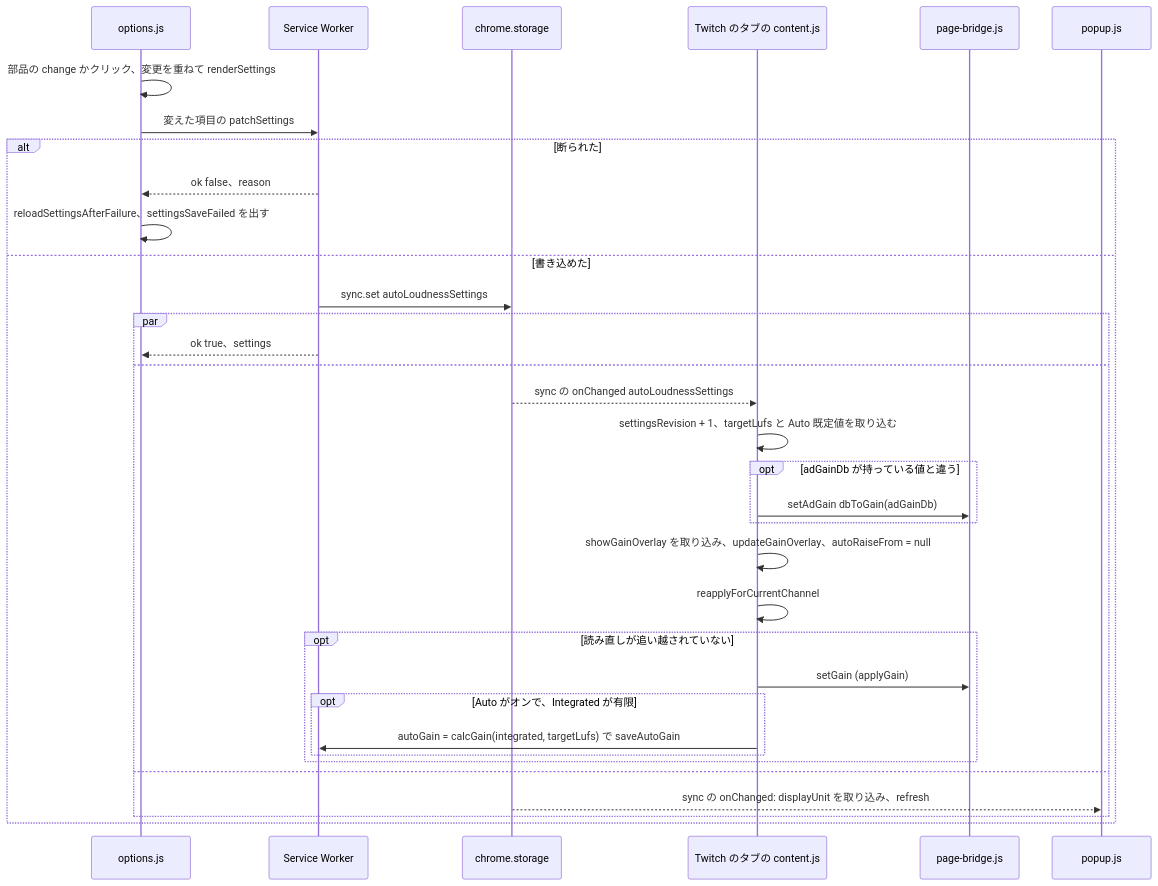
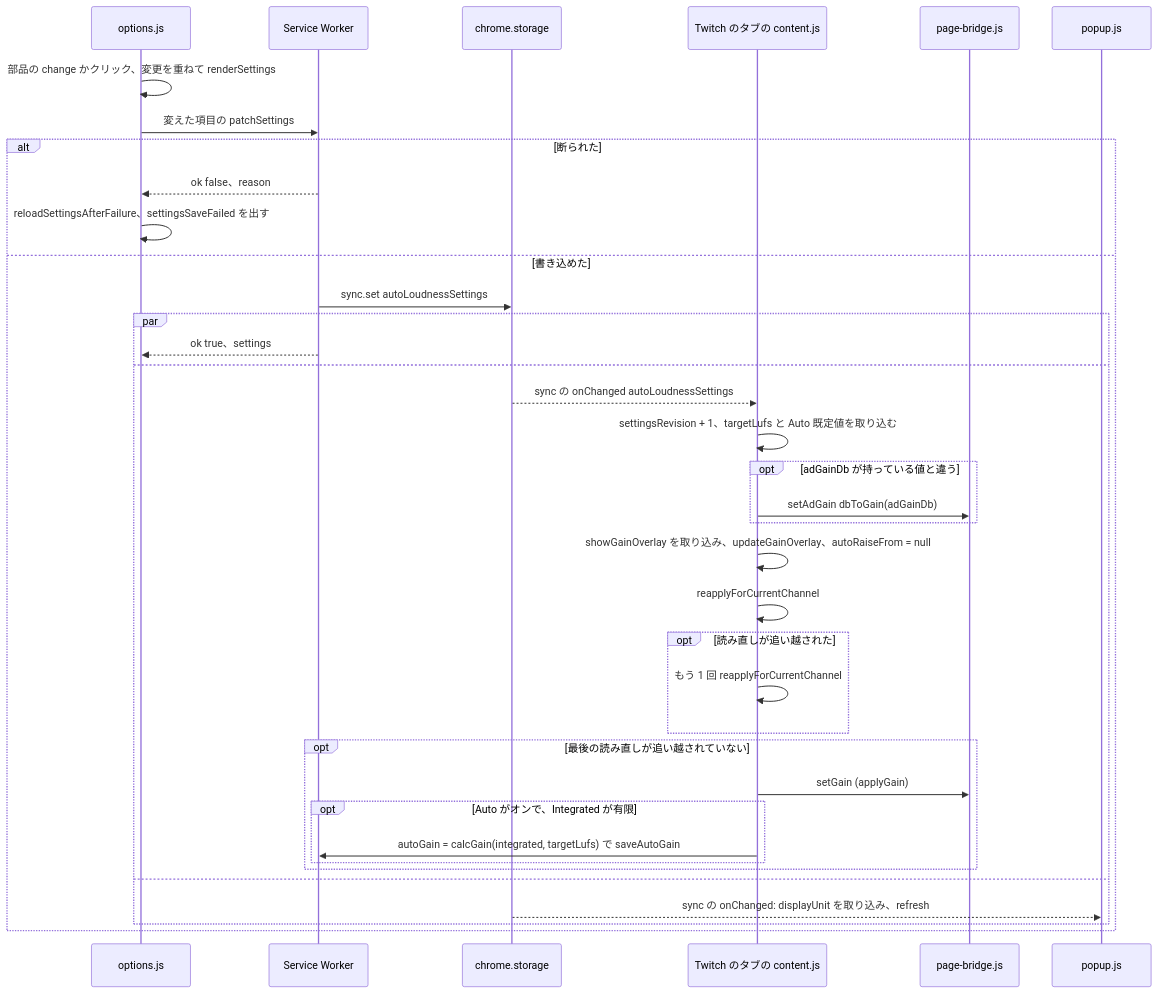
Before and after one commit to semnil/twitch-channel-volume: diagram 13 of 17 in docs/gain-change-and-save.ja.md, drawn with Mermaid. The commit also changed other lines of this file and 4 other files, not shown here.

````diff
--- a/docs/gain-change-and-save.ja.md
+++ b/docs/gain-change-and-save.ja.md
@@ -552,36 +552,39 @@
 ```mermaid
 sequenceDiagram
   participant options as options.js
   participant sw as Service Worker
   participant storage as chrome.storage
   participant content as Twitch のタブの content.js
   participant bridge as page-bridge.js
   participant popup as popup.js
   options->>options: 部品の change かクリック、変更を重ねて renderSettings
   options->>sw: 変えた項目の patchSettings
   alt 断られた
     sw-->>options: ok false、reason
     options->>options: reloadSettingsAfterFailure、settingsSaveFailed を出す
   else 書き込めた
     sw->>storage: sync.set autoLoudnessSettings
     par
       sw-->>options: ok true、settings
     and
       storage-->>content: sync の onChanged autoLoudnessSettings
       content->>content: settingsRevision + 1、targetLufs と Auto 既定値を取り込む
       opt adGainDb が持っている値と違う
         content->>bridge: setAdGain dbToGain(adGainDb)
       end
       content->>content: showGainOverlay を取り込み、updateGainOverlay、autoRaiseFrom = null
       content->>content: reapplyForCurrentChannel
-      opt 読み直しが追い越されていない
+      opt 読み直しが追い越された
+        content->>content: もう 1 回 reapplyForCurrentChannel
+      end
+      opt 最後の読み直しが追い越されていない
         content->>bridge: setGain (applyGain)
         opt Auto がオンで、Integrated が有限
           content->>sw: autoGain = calcGain(integrated, targetLufs) で saveAutoGain
         end
       end
     and
       storage-->>popup: sync の onChanged: displayUnit を取り込み、refresh
     end
   end
 ```
````
